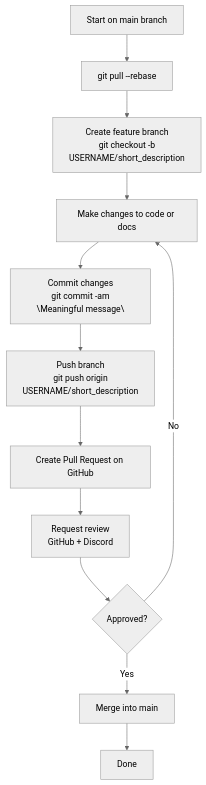
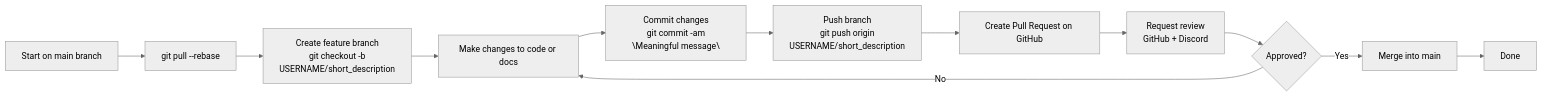
Before and after one commit to Denuo-Web/CrowdPMPlatform: the diagram in docs/development.md, drawn with Mermaid (neutral theme).

Commit message:
Adding branch docs to git

````diff
--- a/docs/development.md
+++ b/docs/development.md
@@ -226,14 +226,14 @@
 ```mermaid
-flowchart TD
+flowchart LR
     A[Start on main branch] --> B[git pull --rebase]
     B --> C["Create feature branch\n git checkout -b USERNAME/short_description"]
     C --> D[Make changes to code or docs]
     D --> E["Commit changes\n git commit -am \"Meaningful message\""]
     E --> F["Push branch\n git push origin USERNAME/short_description"]
     F --> G[Create Pull Request on GitHub]
     G --> H["Request review\n GitHub + Discord"]
     H --> I{Approved?}
     I -- No --> D
     I -- Yes --> J[Merge into main]
     J --> K[Done]
 ```
````
